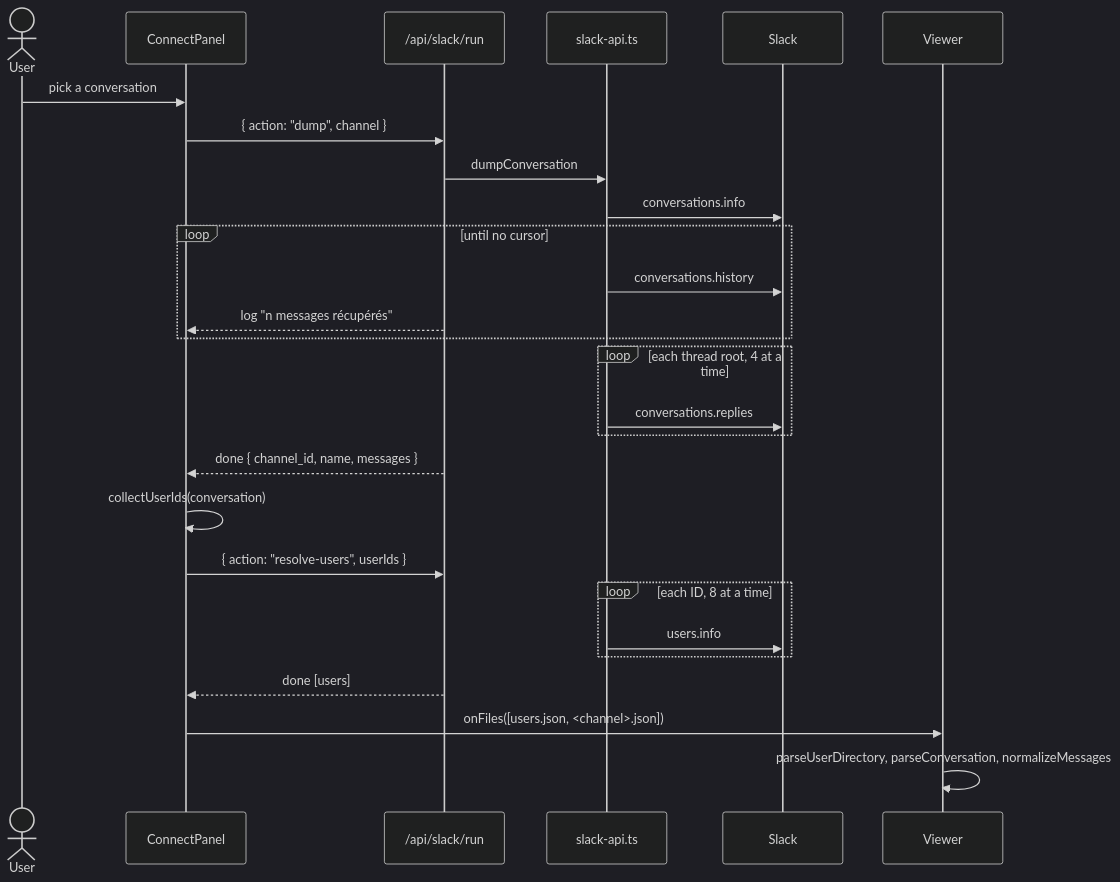
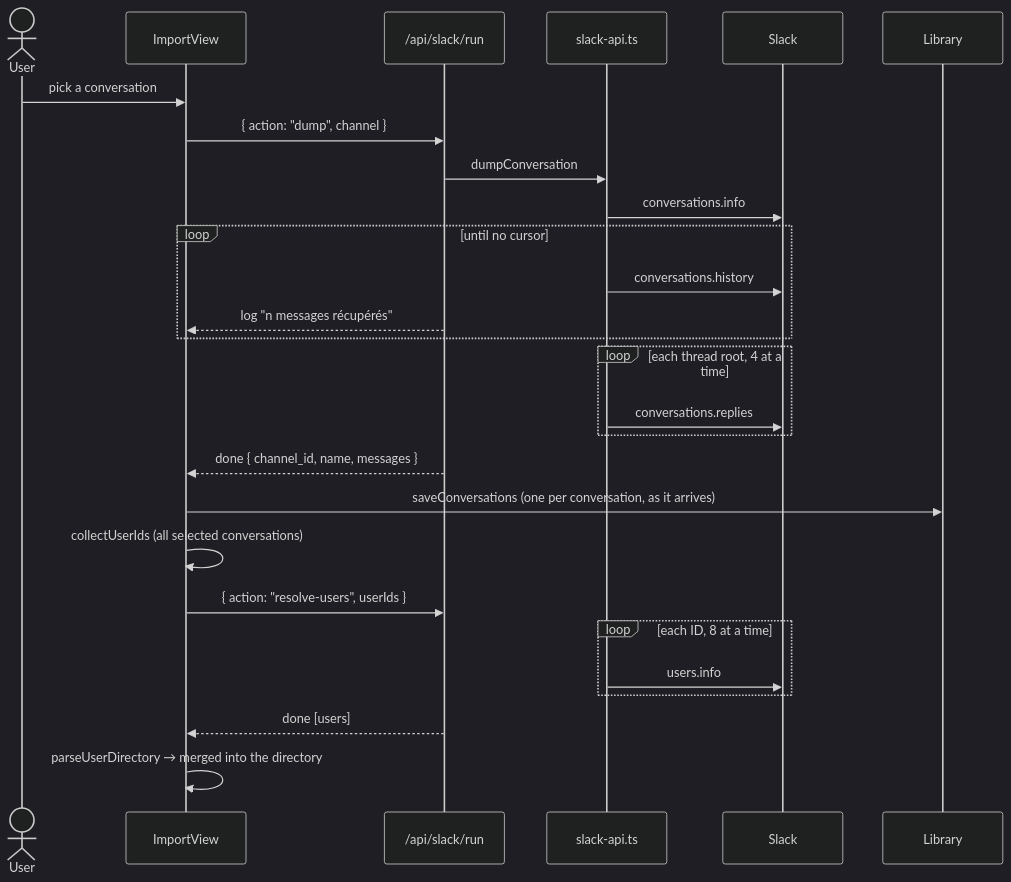
Before and after one commit to amine-abdelli/slack-json-viewer: the second of 2 diagrams in docs/architecture.md, drawn with Mermaid (dark theme). The commit also changed other lines of this file and 54 other files, not shown here.

````diff
--- a/docs/architecture.md
+++ b/docs/architecture.md
@@ -314,30 +326,30 @@
 ```mermaid
 sequenceDiagram
   actor U as User
-  participant P as ConnectPanel
+  participant P as ImportView
   participant R as /api/slack/run
   participant A as slack-api.ts
   participant S as Slack
-  participant V as Viewer
+  participant V as Library
 
   U->>P: pick a conversation
   P->>R: { action: "dump", channel }
   R->>A: dumpConversation
   A->>S: conversations.info
   loop until no cursor
     A->>S: conversations.history
     R-->>P: log "n messages récupérés"
   end
   loop each thread root, 4 at a time
     A->>S: conversations.replies
   end
   R-->>P: done { channel_id, name, messages }
-  P->>P: collectUserIds(conversation)
+  P->>V: saveConversations (one per conversation, as it arrives)
+  P->>P: collectUserIds (all selected conversations)
   P->>R: { action: "resolve-users", userIds }
   loop each ID, 8 at a time
     A->>S: users.info
   end
   R-->>P: done [users]
-  P->>V: onFiles([users.json, <channel>.json])
-  V->>V: parseUserDirectory, parseConversation, normalizeMessages
+  P->>P: parseUserDirectory → merged into the directory
 ```
````
